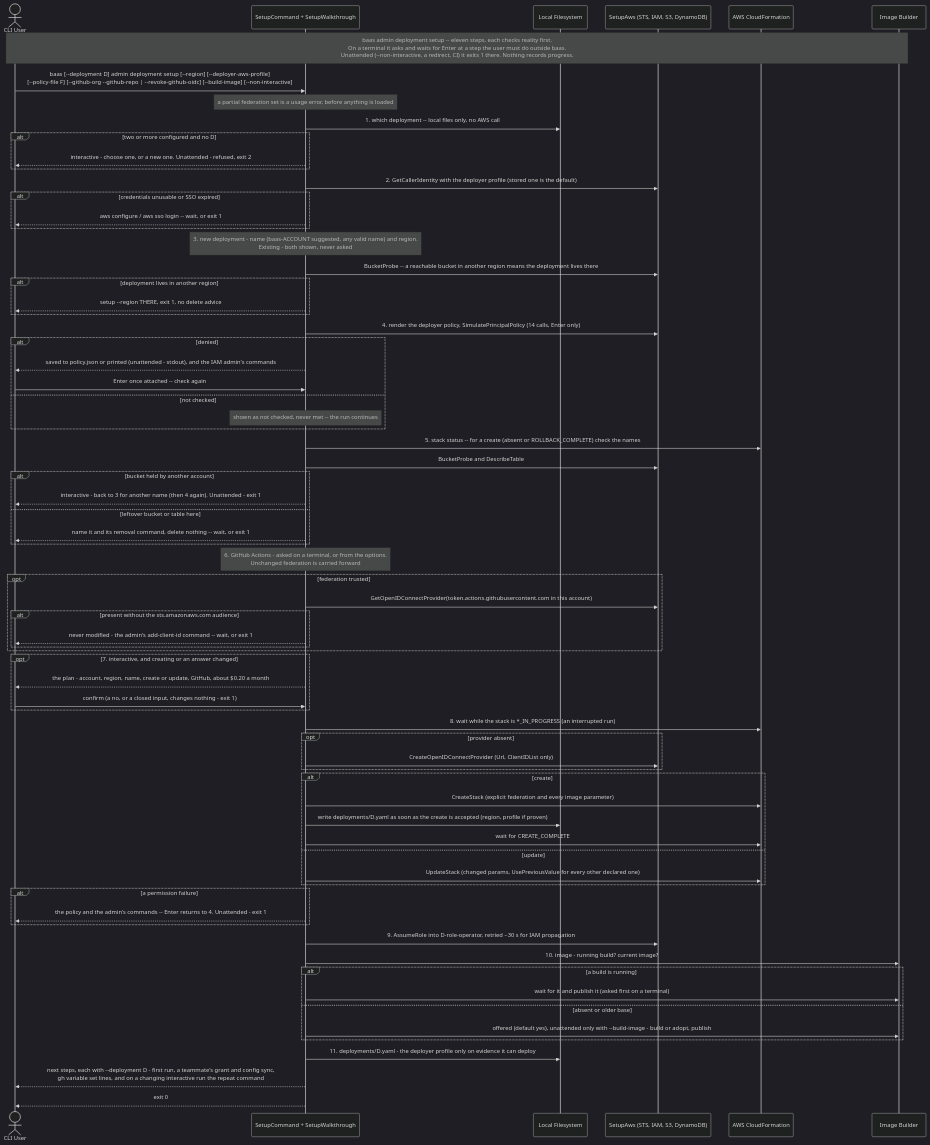
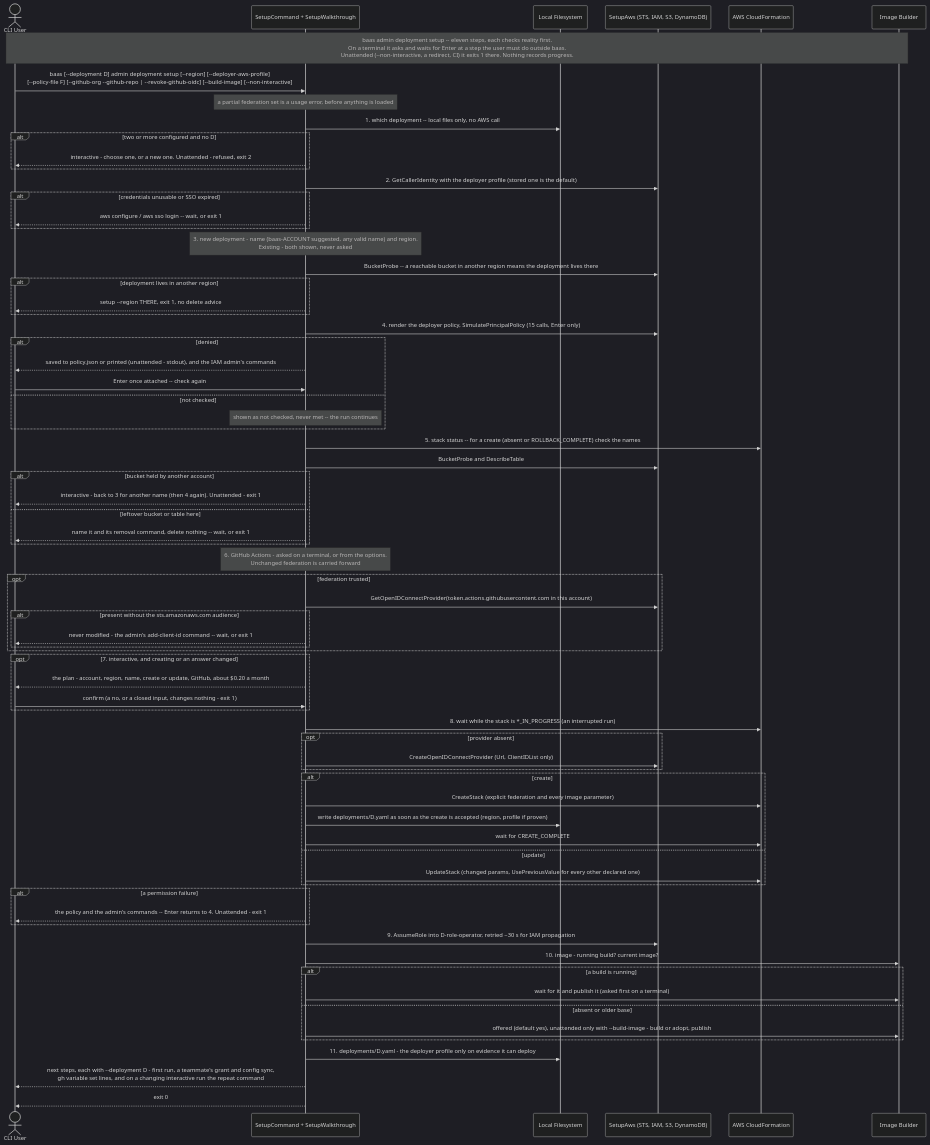
Before and after one commit to wsztajerowski/benchmark-as-a-service: the diagram in docs/diagrams/baas-setup.mmd, drawn with Mermaid (dark theme). The commit also changed 2 other files, not shown here.

```diff
--- a/docs/diagrams/baas-setup.mmd
+++ b/docs/diagrams/baas-setup.mmd
@@ -1,81 +1,81 @@
 sequenceDiagram
     actor User as CLI User
     participant SC as SetupCommand + SetupWalkthrough
     participant FS as Local Filesystem
     participant AWS as SetupAws (STS, IAM, S3, DynamoDB)
     participant CF as AWS CloudFormation
     participant IB as Image Builder
 
     Note over User,IB: baas admin deployment setup -- eleven steps, each checks reality first.<br/>On a terminal it asks and waits for Enter at a step the user must do outside baas.<br/>Unattended (--non-interactive, a redirect, CI) it exits 1 there. Nothing records progress.
     User->>SC: baas [--deployment D] admin deployment setup [--region] [--deployer-aws-profile]<br/>[--policy-file F] [--github-org --github-repo | --revoke-github-oidc] [--build-image] [--non-interactive]
     Note over SC: a partial federation set is a usage error, before anything is loaded
 
     SC->>FS: 1. which deployment -- local files only, no AWS call
     alt two or more configured and no D
         SC-->>User: interactive - choose one, or a new one. Unattended - refused, exit 2
     end
     SC->>AWS: 2. GetCallerIdentity with the deployer profile (stored one is the default)
     alt credentials unusable or SSO expired
         SC-->>User: aws configure / aws sso login -- wait, or exit 1
     end
     Note over SC: 3. new deployment - name (baas-ACCOUNT suggested, any valid name) and region.<br/>Existing - both shown, never asked
     SC->>AWS: BucketProbe -- a reachable bucket in another region means the deployment lives there
     alt deployment lives in another region
         SC-->>User: setup --region THERE, exit 1, no delete advice
     end
 
-    SC->>AWS: 4. render the deployer policy, SimulatePrincipalPolicy (14 calls, Enter only)
+    SC->>AWS: 4. render the deployer policy, SimulatePrincipalPolicy (15 calls, Enter only)
     alt denied
         SC-->>User: saved to policy.json or printed (unattended - stdout), and the IAM admin's commands
         User->>SC: Enter once attached -- check again
     else not checked
         Note over SC: shown as not checked, never met -- the run continues
     end
 
     SC->>CF: 5. stack status -- for a create (absent or ROLLBACK_COMPLETE) check the names
     SC->>AWS: BucketProbe and DescribeTable
     alt bucket held by another account
         SC-->>User: interactive - back to 3 for another name (then 4 again). Unattended - exit 1
     else leftover bucket or table here
         SC-->>User: name it and its removal command, delete nothing -- wait, or exit 1
     end
 
     Note over SC: 6. GitHub Actions - asked on a terminal, or from the options.<br/>Unchanged federation is carried forward
     opt federation trusted
         SC->>AWS: GetOpenIDConnectProvider(token.actions.githubusercontent.com in this account)
         alt present without the sts.amazonaws.com audience
             SC-->>User: never modified - the admin's add-client-id command -- wait, or exit 1
         end
     end
 
     opt 7. interactive, and creating or an answer changed
         SC-->>User: the plan - account, region, name, create or update, GitHub, about $0.20 a month
         User->>SC: confirm (a no, or a closed input, changes nothing - exit 1)
     end
 
     SC->>CF: 8. wait while the stack is *_IN_PROGRESS (an interrupted run)
     opt provider absent
         SC->>AWS: CreateOpenIDConnectProvider (Url, ClientIDList only)
     end
     alt create
         SC->>CF: CreateStack (explicit federation and every image parameter)
         SC->>FS: write deployments/D.yaml as soon as the create is accepted (region, profile if proven)
         SC->>CF: wait for CREATE_COMPLETE
     else update
         SC->>CF: UpdateStack (changed params, UsePreviousValue for every other declared one)
     end
     alt a permission failure
         SC-->>User: the policy and the admin's commands -- Enter returns to 4. Unattended - exit 1
     end
 
     SC->>AWS: 9. AssumeRole into D-role-operator, retried ~30 s for IAM propagation
     SC->>IB: 10. image - running build? current image?
     alt a build is running
         SC->>IB: wait for it and publish it (asked first on a terminal)
     else absent or older base
         SC->>IB: offered (default yes), unattended only with --build-image - build or adopt, publish
     end
 
     SC->>FS: 11. deployments/D.yaml - the deployer profile only on evidence it can deploy
     SC-->>User: next steps, each with --deployment D - first run, a teammate's grant and config sync,<br/>gh variable set lines, and on a changing interactive run the repeat command
     SC-->>User: exit 0
```
